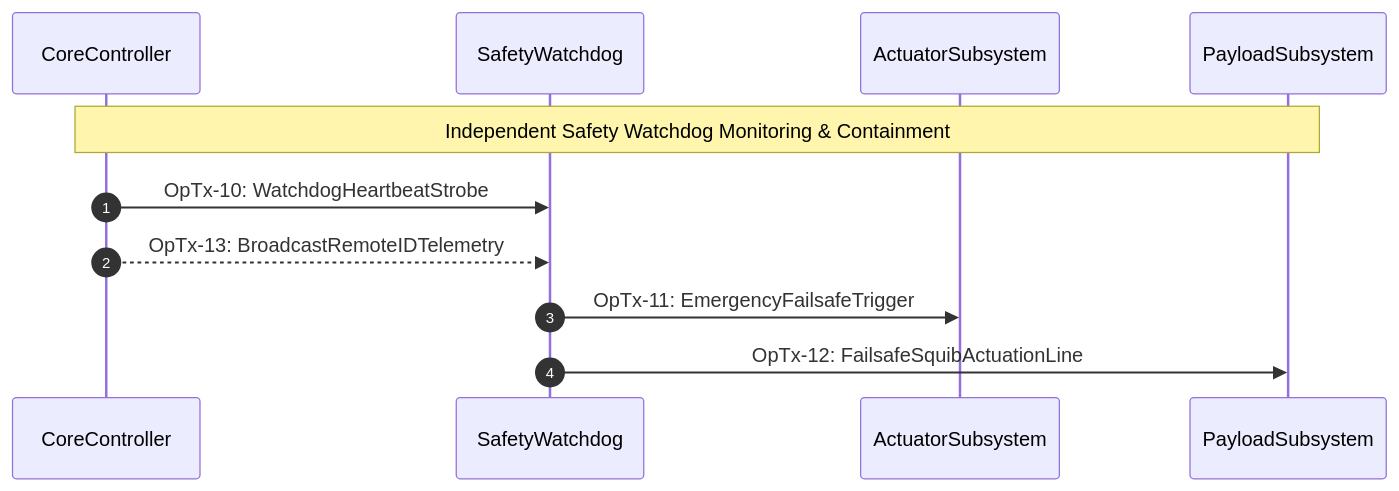
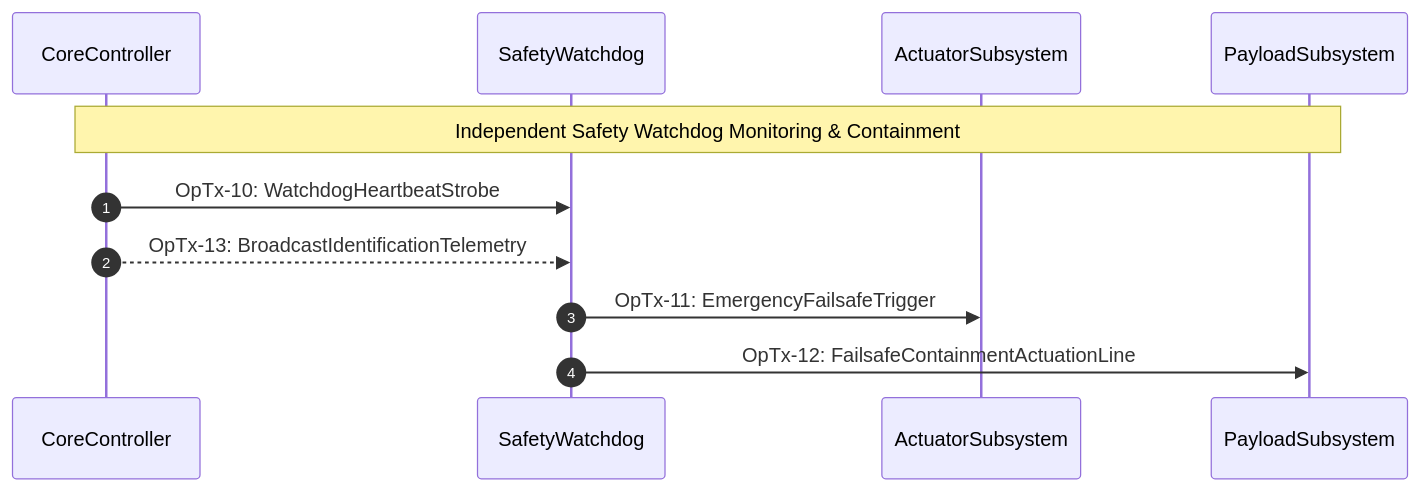
The fifth of 5 diagrams in skills/spec-conops-engineering/resources/units/conops/07_OPTX_EXCHANGES.md (gintatkinson/DEAP01-spec-core), drawn with Mermaid before and after one commit. The commit also changed other lines of this file and 3 other files, not shown here.

````diff
--- a/skills/spec-conops-engineering/resources/units/conops/07_OPTX_EXCHANGES.md
+++ b/skills/spec-conops-engineering/resources/units/conops/07_OPTX_EXCHANGES.md
@@ -149,14 +149,14 @@
 ```mermaid
 sequenceDiagram
     autonumber
     participant CoreController as CoreController
     participant SafetyWatchdog as SafetyWatchdog
     participant ActuatorSubsystem as ActuatorSubsystem
     participant PayloadSubsystem as PayloadSubsystem
 
     Note over CoreController,PayloadSubsystem: Independent Safety Watchdog Monitoring & Containment
     CoreController->>SafetyWatchdog: OpTx-10: WatchdogHeartbeatStrobe
-    CoreController-->>SafetyWatchdog: OpTx-13: BroadcastRemoteIDTelemetry
+    CoreController-->>SafetyWatchdog: OpTx-13: BroadcastIdentificationTelemetry
     SafetyWatchdog->>ActuatorSubsystem: OpTx-11: EmergencyFailsafeTrigger
-    SafetyWatchdog->>PayloadSubsystem: OpTx-12: FailsafeSquibActuationLine
+    SafetyWatchdog->>PayloadSubsystem: OpTx-12: FailsafeContainmentActuationLine
 ```
````
